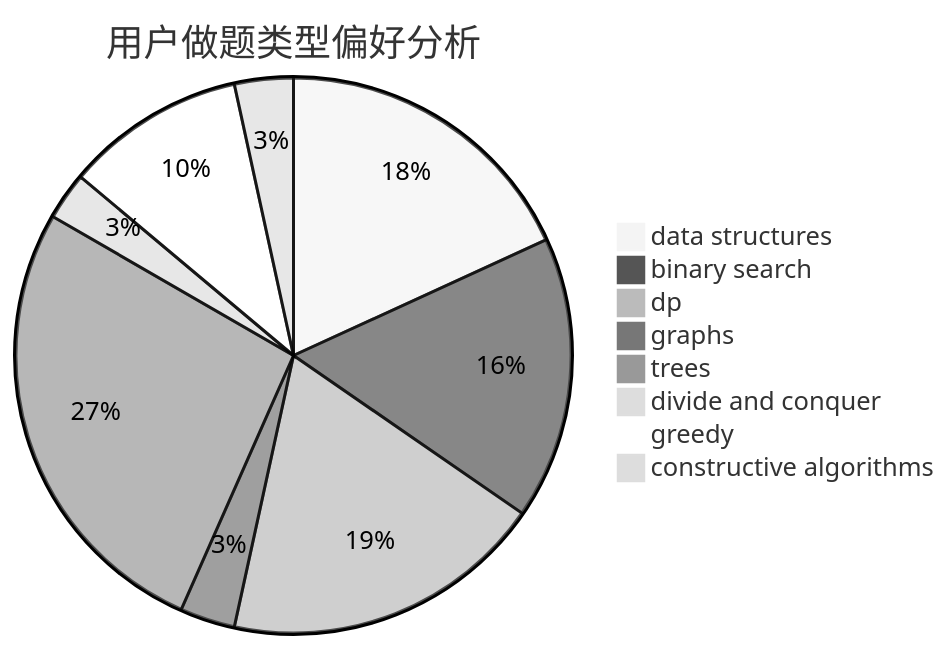
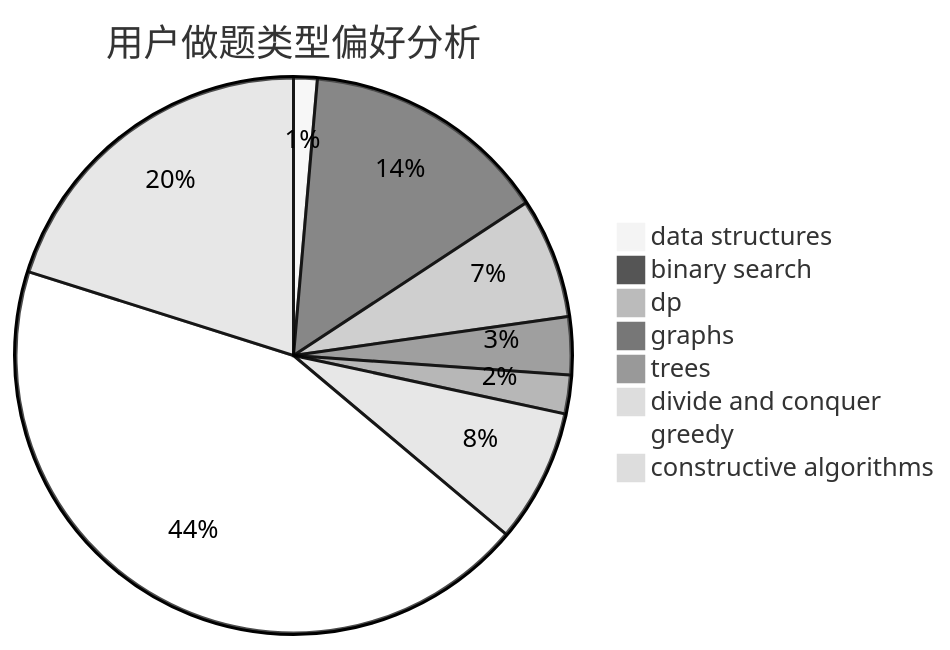
The second of 3 diagrams in docs/user/u582.md (sherpahu/cfrs.github.io), drawn with Mermaid (neutral theme) before and after one commit. The commit also changed other lines of this file and 2770 other files, not shown here.

````diff
--- a/docs/user/u582.md
+++ b/docs/user/u582.md
@@ -23,11 +23,11 @@
 ```mermaid
 pie title 用户做题类型偏好分析
-    "data structures" :  85
-    "binary search" :  77
-    "dp" :  88
-    "graphs" :  15
-    "trees" :  125
-    "divide and conquer" :  13
-    "greedy" :  49
-    "constructive algorithms" :  16
+    "data structures" :  11
+    "binary search" :  115
+    "dp" :  56
+    "graphs" :  27
+    "trees" :  18
+    "divide and conquer" :  62
+    "greedy" :  350
+    "constructive algorithms" :  161
 ```
````
